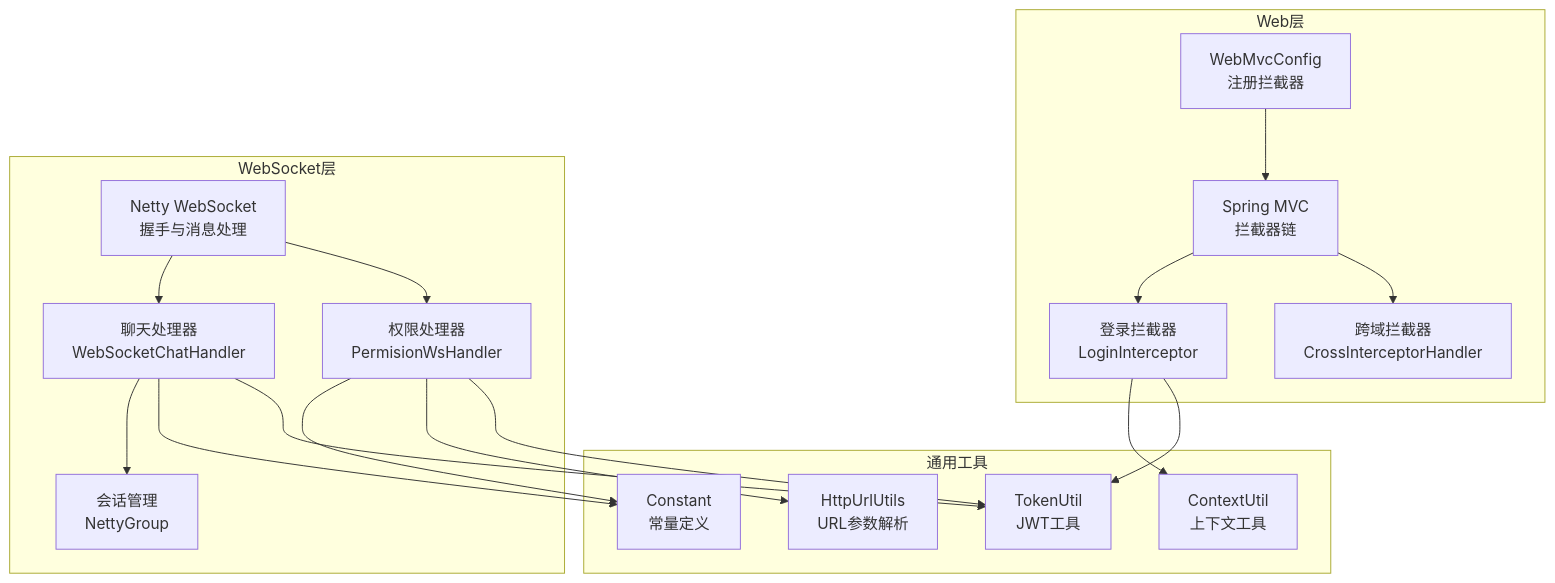
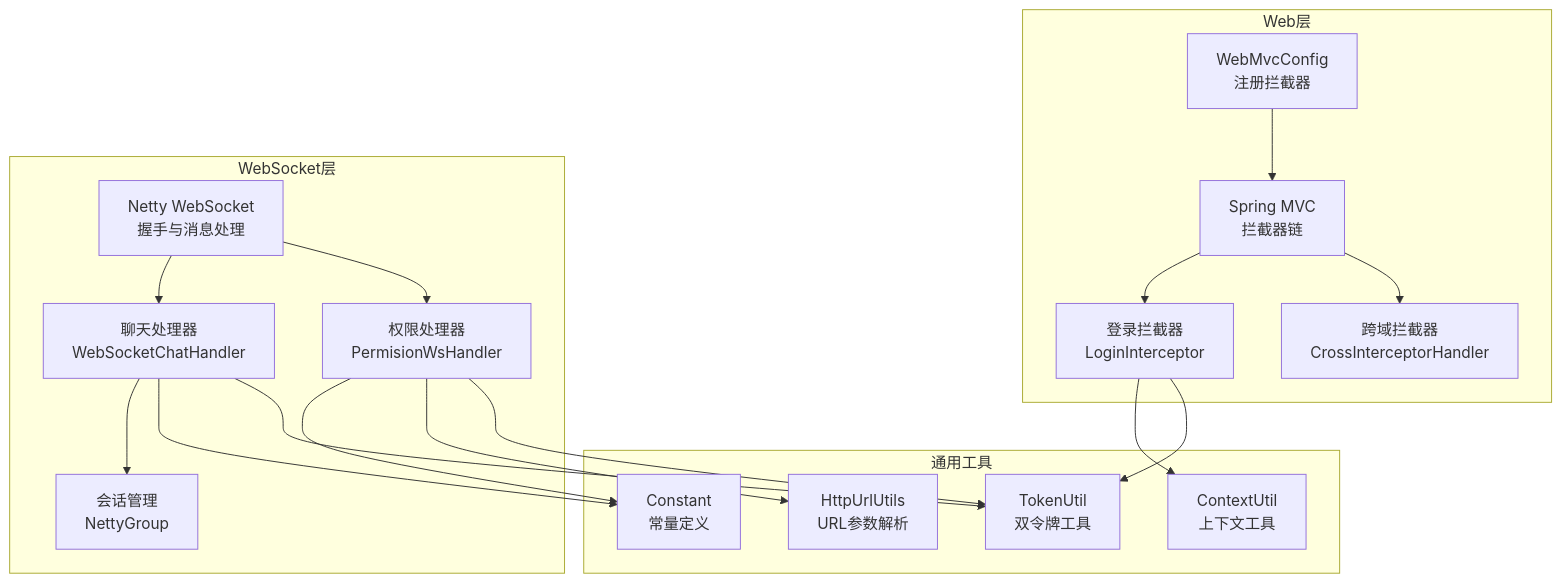
The first of 7 diagrams in .qoder/repowiki/zh/content/WebSocket实时通信/权限验证与安全.md (liftp/chat_simple), drawn with Mermaid before and after one commit. The commit also changed other lines of this file and 6 other files, not shown here.

````diff
--- a/.qoder/repowiki/zh/content/WebSocket实时通信/权限验证与安全.md
+++ b/.qoder/repowiki/zh/content/WebSocket实时通信/权限验证与安全.md
@@ -45,34 +54,34 @@
 ```mermaid
 graph TB
 subgraph "Web层"
 MVC["Spring MVC<br/>拦截器链"]
 InterC["跨域拦截器<br/>CrossInterceptorHandler"]
 InterL["登录拦截器<br/>LoginInterceptor"]
 Cfg["WebMvcConfig<br/>注册拦截器"]
 end
 subgraph "WebSocket层"
 WS["Netty WebSocket<br/>握手与消息处理"]
 PWH["权限处理器<br/>PermisionWsHandler"]
 WSH["聊天处理器<br/>WebSocketChatHandler"]
 NG["会话管理<br/>NettyGroup"]
 end
 subgraph "通用工具"
-TU["TokenUtil<br/>JWT工具"]
+TU["TokenUtil<br/>双令牌工具"]
 CTX["ContextUtil<br/>上下文工具"]
 HTU["HttpUrlUtils<br/>URL参数解析"]
 CST["Constant<br/>常量定义"]
 end
 MVC --> InterC
 MVC --> InterL
 Cfg --> MVC
 WS --> PWH
 WS --> WSH
 PWH --> TU
 WSH --> TU
 PWH --> HTU
 PWH --> CST
 WSH --> CST
 WSH --> NG
 InterL --> TU
 InterL --> CTX
 ```
````
